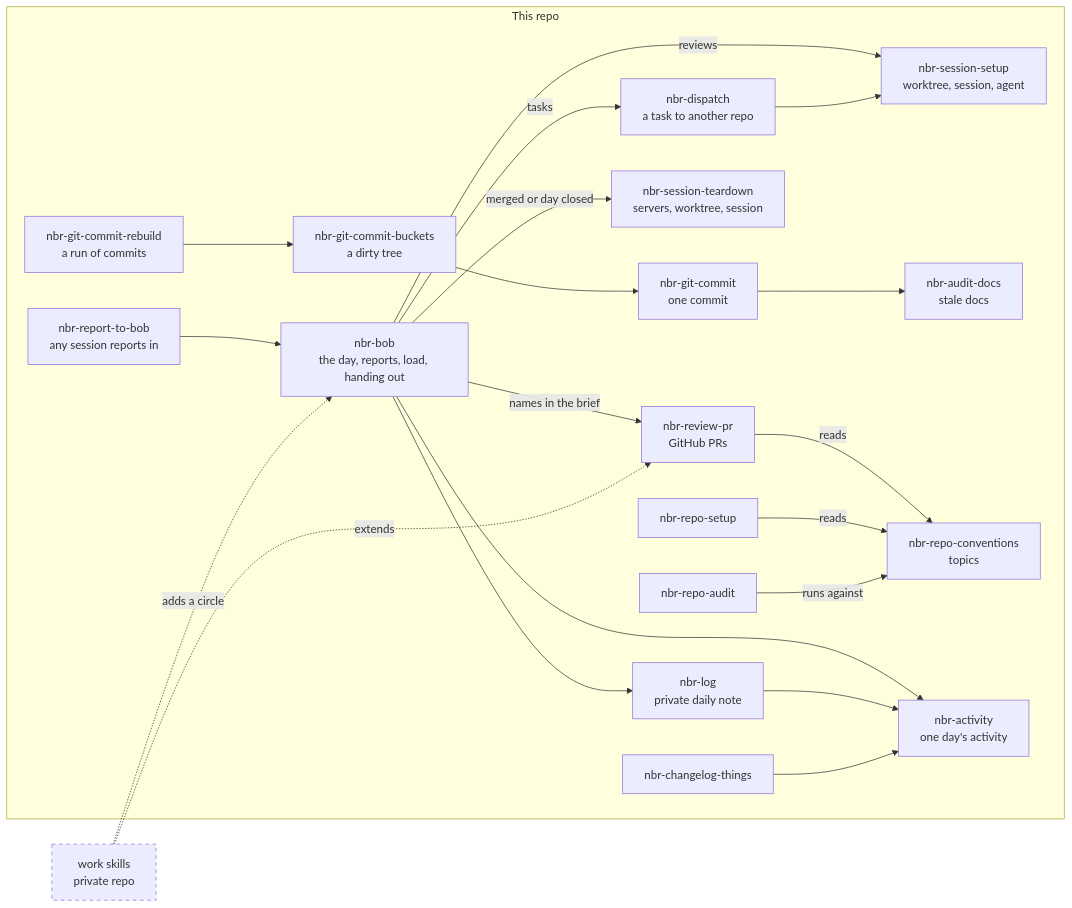
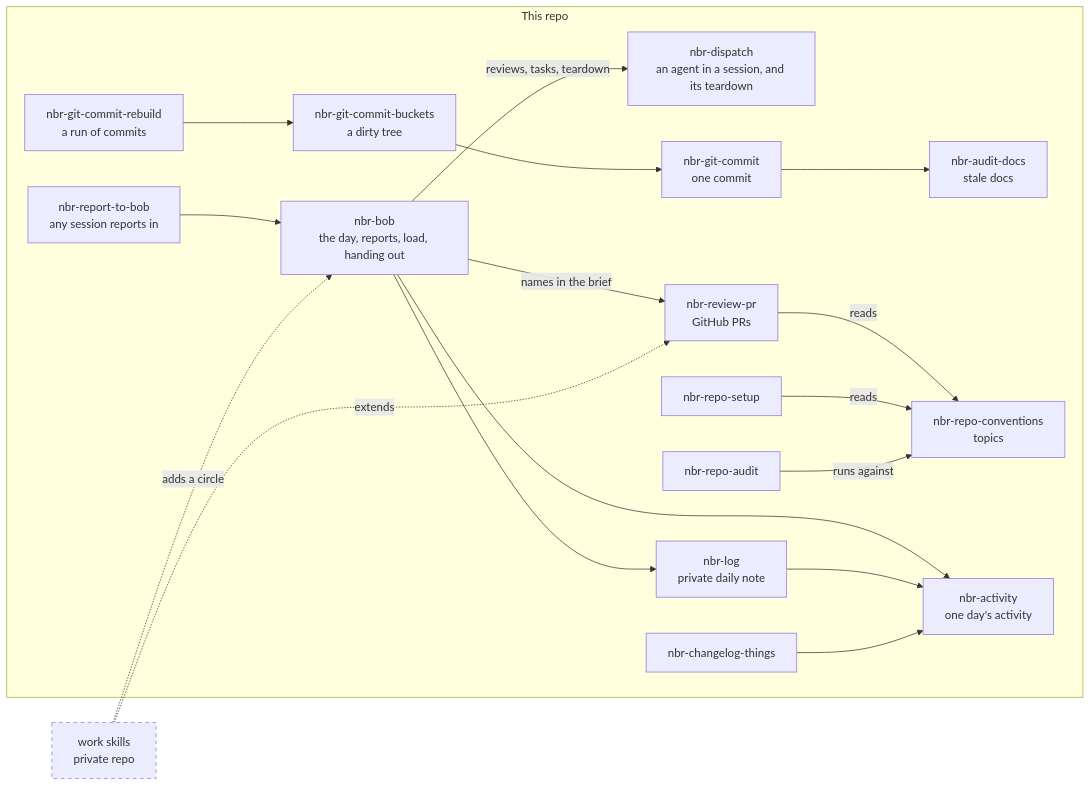
Before and after one commit to nikbrunner/agents: the diagram in README.md, drawn with Mermaid. The commit also changed other lines of this file and 5 other files, not shown here.

First line of the commit message:
Replace the session skills with lager and a lean nbr-dispatch

````diff
--- a/README.md
+++ b/README.md
@@ -124,40 +124,35 @@
 ```mermaid
 flowchart LR
   subgraph user["This repo"]
     bob["nbr-bob<br/>the day, reports, load, handing out"]
     report["nbr-report-to-bob<br/>any session reports in"]
-    dispatch["nbr-dispatch<br/>a task to another repo"]
+    dispatch["nbr-dispatch<br/>an agent in a session, and its teardown"]
     review["nbr-review-pr<br/>GitHub PRs"]
-    setup["nbr-session-setup<br/>worktree, session, agent"]
-    teardown["nbr-session-teardown<br/>servers, worktree, session"]
     commit["nbr-git-commit<br/>one commit"]
     buckets["nbr-git-commit-buckets<br/>a dirty tree"]
     rebuild["nbr-git-commit-rebuild<br/>a run of commits"]
     audit["nbr-audit-docs<br/>stale docs"]
     conventions["nbr-repo-conventions<br/>topics"]
     rsetup["nbr-repo-setup"]
     raudit["nbr-repo-audit"]
     activity["nbr-activity<br/>one day's activity"]
     nlog["nbr-log<br/>private daily note"]
     things["nbr-changelog-things"]
   end
   work["work skills<br/>private repo"]
   report --> bob
-  bob -- reviews --> setup
+  bob -- reviews, tasks, teardown --> dispatch
   bob -- names in the brief --> review
-  bob -- tasks --> dispatch
-  bob -- merged or day closed --> teardown
   bob --> nlog
   bob --> activity
   work -. extends .-> review
   work -. adds a circle .-> bob
-  dispatch --> setup
   review -- reads --> conventions
   rebuild --> buckets --> commit --> audit
   rsetup -- reads --> conventions
   raudit -- runs against --> conventions
   nlog --> activity
   things --> activity
   classDef private stroke-dasharray: 5 5
   class work private
 ```
````
